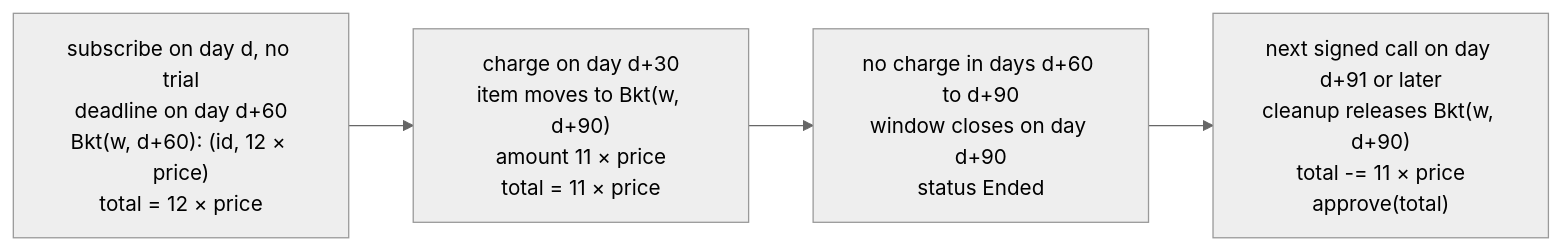
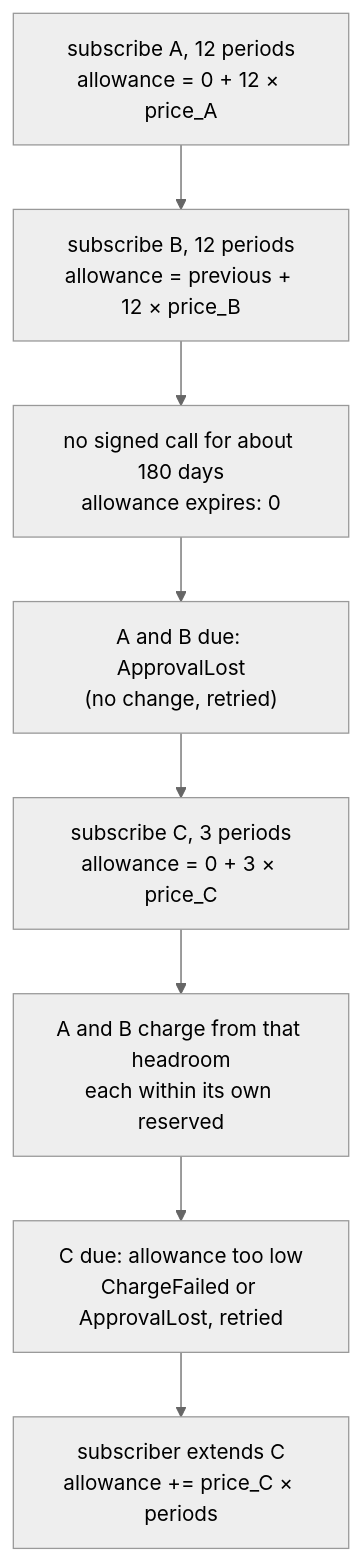
The fourth of 5 diagrams in PiRC2/2-overview.md (PiNetwork/PiRC), drawn with Mermaid (neutral theme) before and after one commit. The commit also changed other lines of this file and 8 other files, not shown here.

````diff
--- a/PiRC2/2-overview.md
+++ b/PiRC2/2-overview.md
@@ -124,6 +118,10 @@
 ```mermaid
-flowchart LR
-  S["subscribe on day d, no trial<br/>deadline on day d+60<br/>Bkt(w, d+60): (id, 12 × price)<br/>total = 12 × price"] --> C["charge on day d+30<br/>item moves to Bkt(w, d+90)<br/>amount 11 × price<br/>total = 11 × price"]
-  C --> M["no charge in days d+60 to d+90<br/>window closes on day d+90<br/>status Ended"]
-  M --> K["next signed call on day d+91 or later<br/>cleanup releases Bkt(w, d+90)<br/>total -= 11 × price<br/>approve(total)"]
+flowchart TD
+  S1["subscribe A, 12 periods<br/>allowance = 0 + 12 × price_A"] --> S2["subscribe B, 12 periods<br/>allowance = previous + 12 × price_B"]
+  S2 --> L["no signed call for about 180 days<br/>allowance expires: 0"]
+  L --> F["A and B due: ApprovalLost<br/>(no change, retried)"]
+  F --> S3["subscribe C, 3 periods<br/>allowance = 0 + 3 × price_C"]
+  S3 --> CH["A and B charge from that headroom<br/>each within its own reserved"]
+  CH --> CF["C due: allowance too low<br/>ChargeFailed or ApprovalLost, retried"]
+  CF --> X["subscriber extends C<br/>allowance += price_C × periods"]
 ```
````
